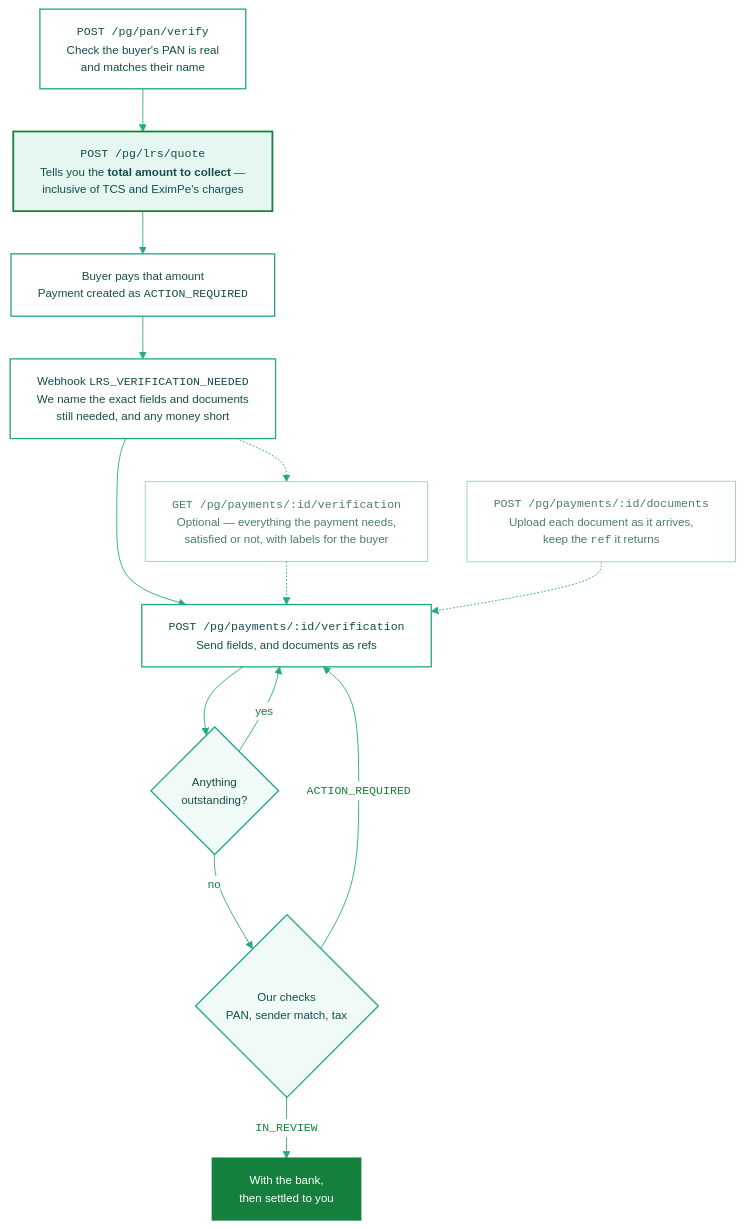
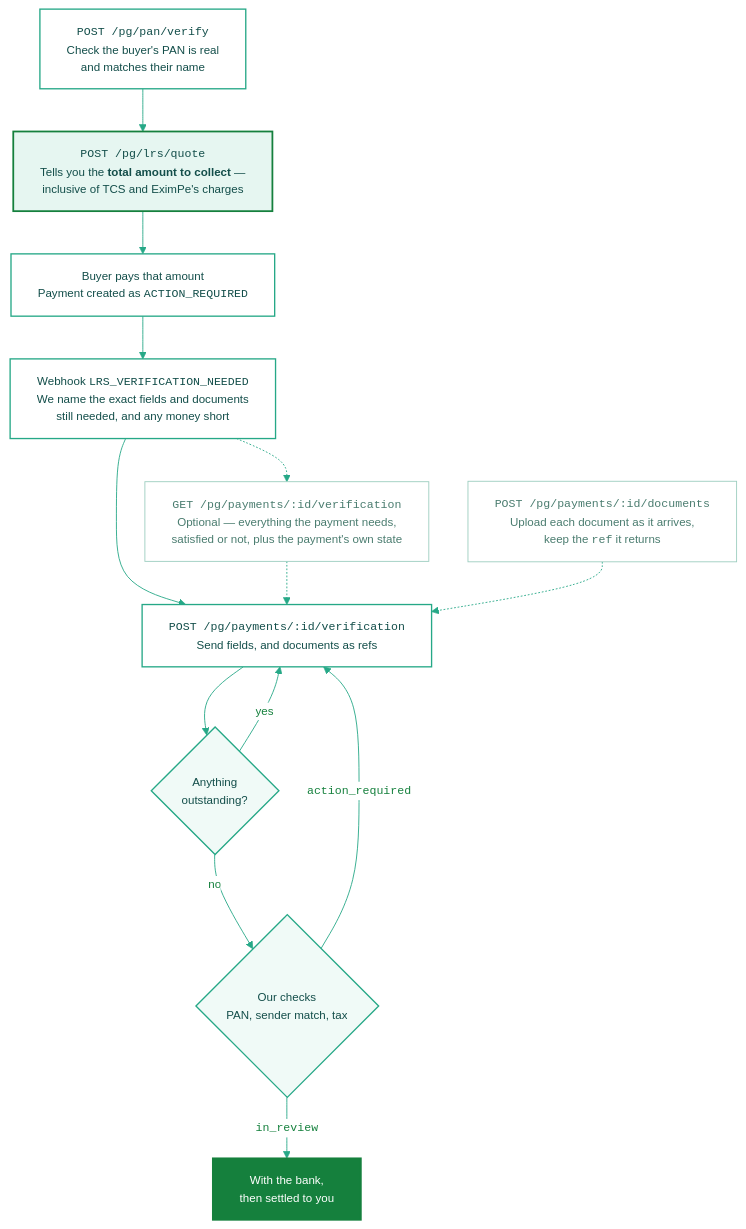
One commit to akhil-kumar-mg-mint/docs changed the diagram in integration-guide/v3/web-integration/lrs-verification.mdx. Above: the diagram before and after it, drawn with Mermaid. The commit also changed other lines of this file and 15 other files, not shown here.

````diff
--- a/integration-guide/v3/web-integration/lrs-verification.mdx
+++ b/integration-guide/v3/web-integration/lrs-verification.mdx
@@ -20,49 +20,49 @@
 ```mermaid
 %%{init: {
   "theme": "base",
   "themeVariables": {
     "fontFamily": "ui-sans-serif, system-ui, -apple-system, sans-serif",
     "fontSize": "13px",
     "primaryColor": "#ffffff",
     "primaryTextColor": "#15803d",
     "primaryBorderColor": "#26a887",
     "lineColor": "#26a887",
     "tertiaryColor": "#ffffff",
     "edgeLabelBackground": "#ffffff"
   },
   "flowchart": { "curve": "basis", "htmlLabels": true, "wrappingWidth": 340, "nodeSpacing": 44, "rankSpacing": 48 }
 }}%%
 flowchart TD
     A["<code>POST /pg/pan/verify</code><br/>Check the buyer's PAN is real<br/>and matches their name"]
     B["<code>POST /pg/lrs/quote</code><br/>Tells you the <b>total amount to collect</b> —<br/>inclusive of TCS and EximPe's charges"]
     C["Buyer pays that amount<br/>Payment created as <code>ACTION_REQUIRED</code>"]
     D["Webhook <code>LRS_VERIFICATION_NEEDED</code><br/>We name the exact fields and documents<br/>still needed, and any money short"]
     E["<code>POST /pg/payments/:id/verification</code><br/>Send fields, and documents as refs"]
     F{"Anything<br/>outstanding?"}
     G{"Our checks<br/>PAN, sender match, tax"}
     H["With the bank,<br/>then settled to you"]
-    X["<code>GET /pg/payments/:id/verification</code><br/>Optional — everything the payment needs,<br/>satisfied or not, with labels for the buyer"]
+    X["<code>GET /pg/payments/:id/verification</code><br/>Optional — everything the payment needs,<br/>satisfied or not, plus the payment's own state"]
     U["<code>POST /pg/payments/:id/documents</code><br/>Upload each document as it arrives,<br/>keep the <code>ref</code> it returns"]
 
     A --> B --> C --> D --> E --> F
     F -- "yes" --> E
     F -- "no" --> G
-    G -- "<code>ACTION_REQUIRED</code>" --> E
-    G -- "<code>IN_REVIEW</code>" --> H
+    G -- "<code>action_required</code>" --> E
+    G -- "<code>in_review</code>" --> H
     D -.-> X
     X -.-> E
     U -.-> E
 
     classDef step fill:#ffffff,stroke:#26a887,stroke-width:1.5px,color:#134e4a
     classDef gate fill:#f0faf7,stroke:#26a887,stroke-width:1.5px,color:#134e4a
     classDef emphasis fill:#e6f6f1,stroke:#15803d,stroke-width:2px,color:#134e4a
     classDef done fill:#15803d,stroke:#15803d,stroke-width:2px,color:#ffffff
     classDef aside fill:#ffffff,stroke:#9ccdbf,stroke-width:1px,color:#4a7c6f
 
     class A,C,D,E step
     class B emphasis
     class F,G gate
     class H done
     class X,U aside
 
 ```
````
